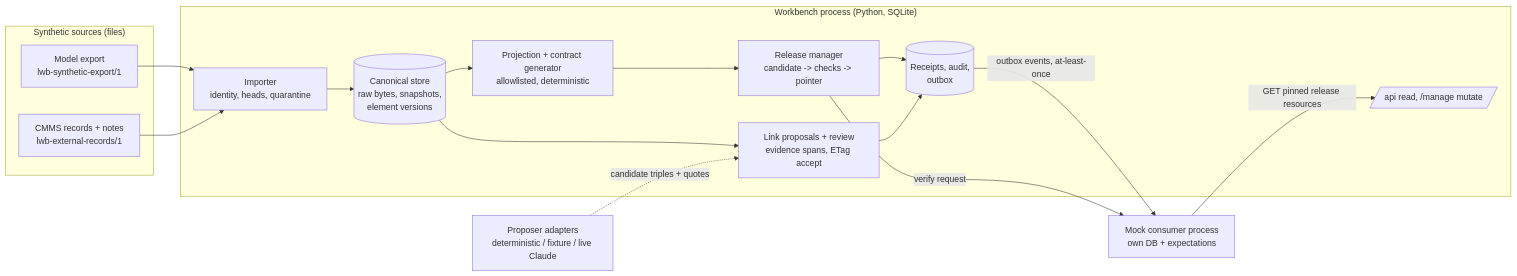
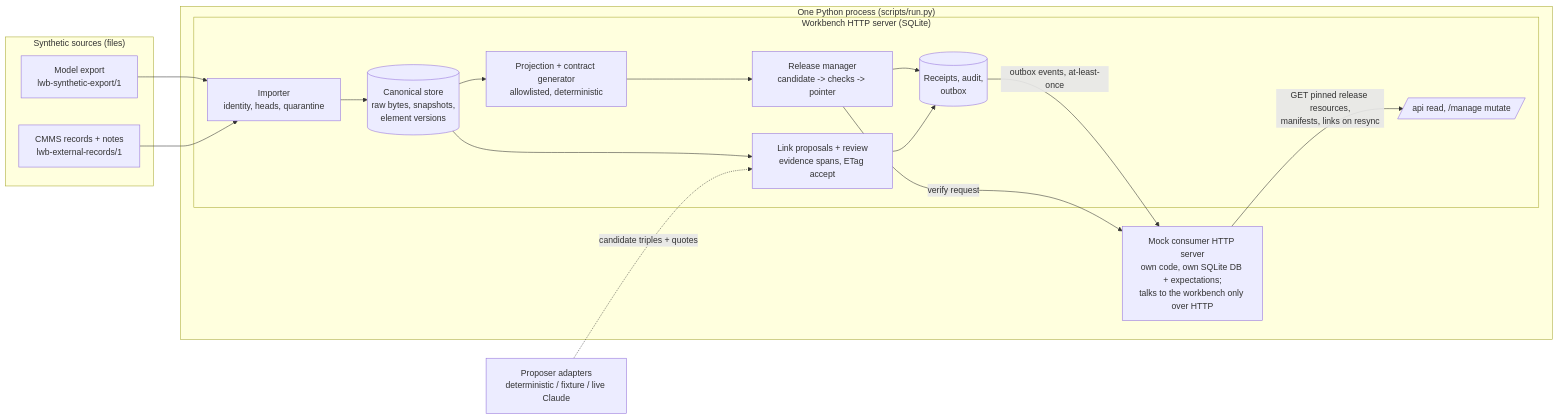
Before and after one commit to cal2020/hello-world-app: the diagram in workbench/ARCHITECTURE.md, drawn with Mermaid. The commit also changed other lines of this file and 8 other files, not shown here.

````diff
--- a/workbench/ARCHITECTURE.md
+++ b/workbench/ARCHITECTURE.md
@@ -7,28 +7,30 @@
 ```mermaid
 flowchart LR
   subgraph Sources["Synthetic sources (files)"]
     X[Model export<br/>lwb-synthetic-export/1]
     R[CMMS records + notes<br/>lwb-external-records/1]
   end
-  subgraph WB["Workbench process (Python, SQLite)"]
-    I[Importer<br/>identity, heads, quarantine]
-    S[(Canonical store<br/>raw bytes, snapshots,<br/>element versions)]
-    P[Projection + contract generator<br/>allowlisted, deterministic]
-    REL[Release manager<br/>candidate -> checks -> pointer]
-    L[Link proposals + review<br/>evidence spans, ETag accept]
-    RC[(Receipts, audit,<br/>outbox)]
-    API[/api read, /manage mutate/]
+  subgraph PROC["One Python process (scripts/run.py)"]
+    subgraph WB["Workbench HTTP server (SQLite)"]
+      I[Importer<br/>identity, heads, quarantine]
+      S[(Canonical store<br/>raw bytes, snapshots,<br/>element versions)]
+      P[Projection + contract generator<br/>allowlisted, deterministic]
+      REL[Release manager<br/>candidate -> checks -> pointer]
+      L[Link proposals + review<br/>evidence spans, ETag accept]
+      RC[(Receipts, audit,<br/>outbox)]
+      API[/api read, /manage mutate/]
+    end
+    C[Mock consumer HTTP server<br/>own code, own SQLite DB + expectations;<br/>talks to the workbench only over HTTP]
   end
   M[Proposer adapters<br/>deterministic / fixture / live Claude]
-  C[Mock consumer process<br/>own DB + expectations]
   X --> I --> S
   R --> I
   S --> P --> REL
   S --> L
   M -. candidate triples + quotes .-> L
   REL --> RC
   L --> RC
   RC -- outbox events, at-least-once --> C
-  C -- GET pinned release resources --> API
+  C -- GET pinned release resources,<br/>manifests, links on resync --> API
   REL -- verify request --> C
 ```
````
